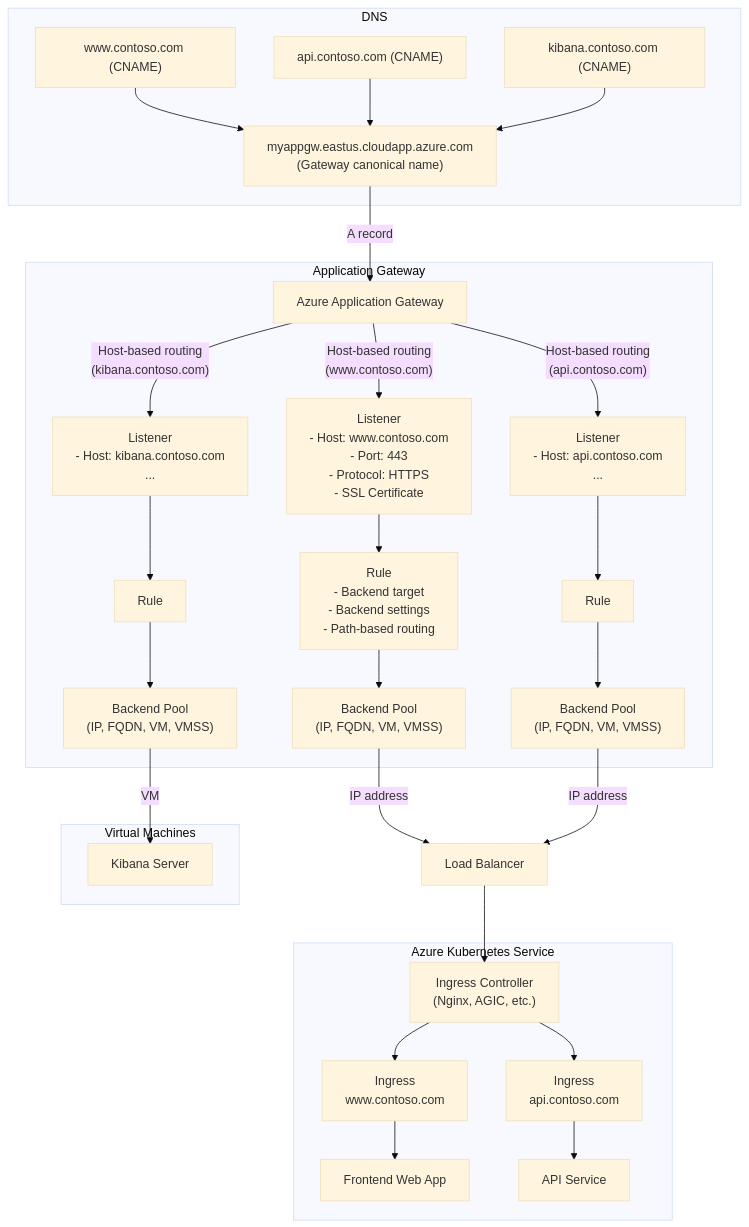
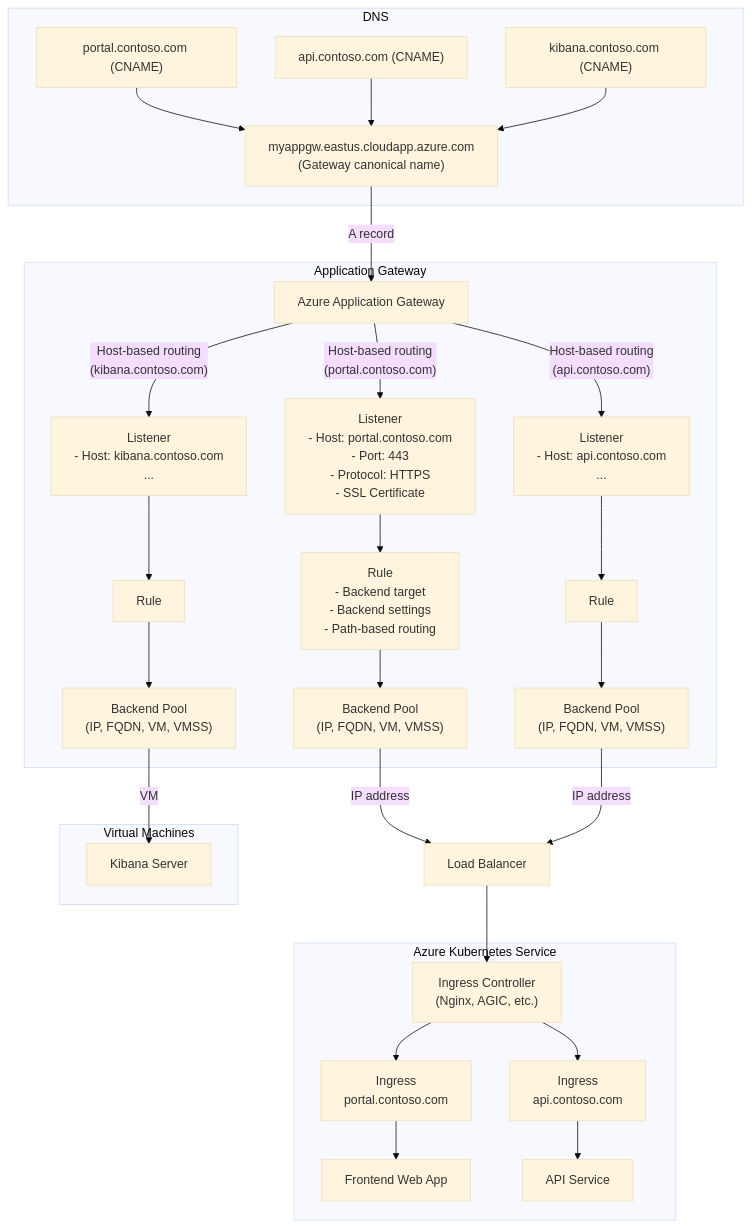
Before and after one commit to iguoli/iguoli.github.io: the second of 2 diagrams in _posts/2025-05-14-Azure-Cloud-AGW.md, drawn with Mermaid (base theme).

Commit message:
Fixed URL rendering issue

````diff
--- a/_posts/2025-05-14-Azure-Cloud-AGW.md
+++ b/_posts/2025-05-14-Azure-Cloud-AGW.md
@@ -57,57 +57,57 @@
 ```mermaid
 graph TD
   subgraph DNS
-    www["www.contoso.com (CNAME)"]
+    www["portal.contoso.com (CNAME)"]
     api["api.contoso.com (CNAME)"]
     kibana["kibana.contoso.com (CNAME)"]
     gateway["myappgw.eastus.cloudapp.azure.com<br>(Gateway canonical name)"]
   end
 
   www --> gateway
   api --> gateway
   kibana --> gateway
   gateway --> |A record| agw
 
   subgraph Application Gateway
     agw["Azure Application Gateway"]
 
-    listener1["Listener<br>- Host: www.contoso.com<br>- Port: 443<br>- Protocol: HTTPS<br>- SSL Certificate"]
+    listener1["Listener<br>- Host: portal.contoso.com<br>- Port: 443<br>- Protocol: HTTPS<br>- SSL Certificate"]
     listener2["Listener<br>- Host: api.contoso.com<br>..."]
     listener3["Listener<br>- Host: kibana.contoso.com<br>..."]
 
-    agw --> |"Host-based routing<br>(www.contoso.com)"| listener1
+    agw --> |"Host-based routing<br>(portal.contoso.com)"| listener1
     agw --> |"Host-based routing<br>(api.contoso.com)"| listener2
     agw --> |"Host-based routing<br>(kibana.contoso.com)"| listener3
 
     listener1 --> rule1["Rule<br>- Backend target<br>- Backend settings<br>- Path-based routing"]
     listener2 --> rule2["Rule"]
     listener3 --> rule3["Rule"]
 
     rule1 --> backendPool1["Backend Pool<br>(IP, FQDN, VM, VMSS)"]
     rule2 --> backendPool2["Backend Pool<br>(IP, FQDN, VM, VMSS)"]
     rule3 --> backendPool3["Backend Pool<br>(IP, FQDN, VM, VMSS)"]
   end
 
   lb["Load Balancer"]
 
   subgraph Virtual Machines
     vm["Kibana Server"]
   end
 
   backendPool1 -->|"IP address"| lb
   backendPool2 -->|"IP address"| lb
   backendPool3 -->|"VM"| vm
 
   lb --> ingressController
 
   subgraph AKS[Azure Kubernetes Service]
     ingressController["Ingress Controller<br>(Nginx, AGIC, etc.)"]
-    ingress1["Ingress<br>www.contoso.com"]
+    ingress1["Ingress<br>portal.contoso.com"]
     ingress2["Ingress<br>api.contoso.com"]
 
     ingressController --> ingress1
     ingressController --> ingress2
     ingress1 --> frontend["Frontend Web App"]
     ingress2 --> apiBackend["API Service"]
   end
 ```
````
